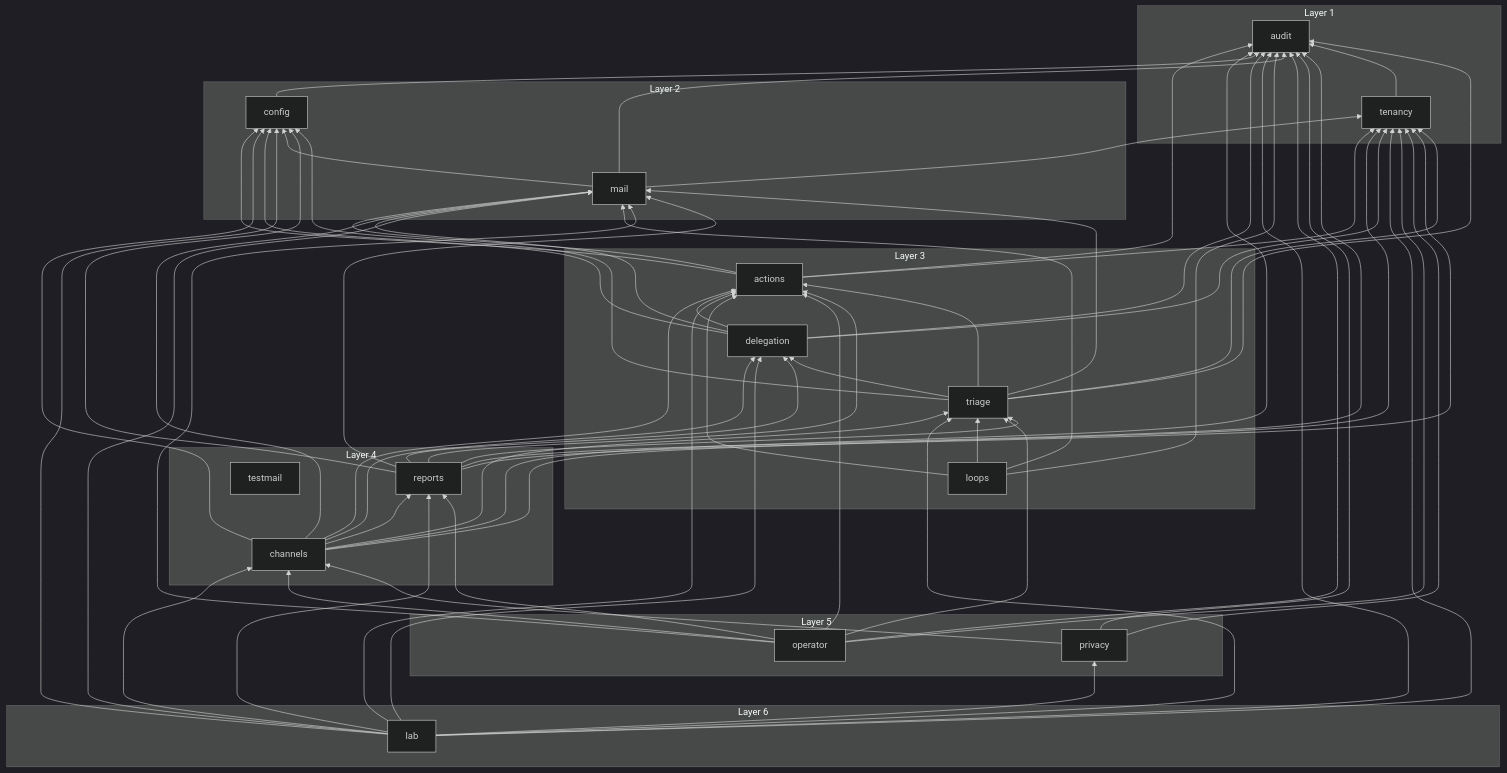
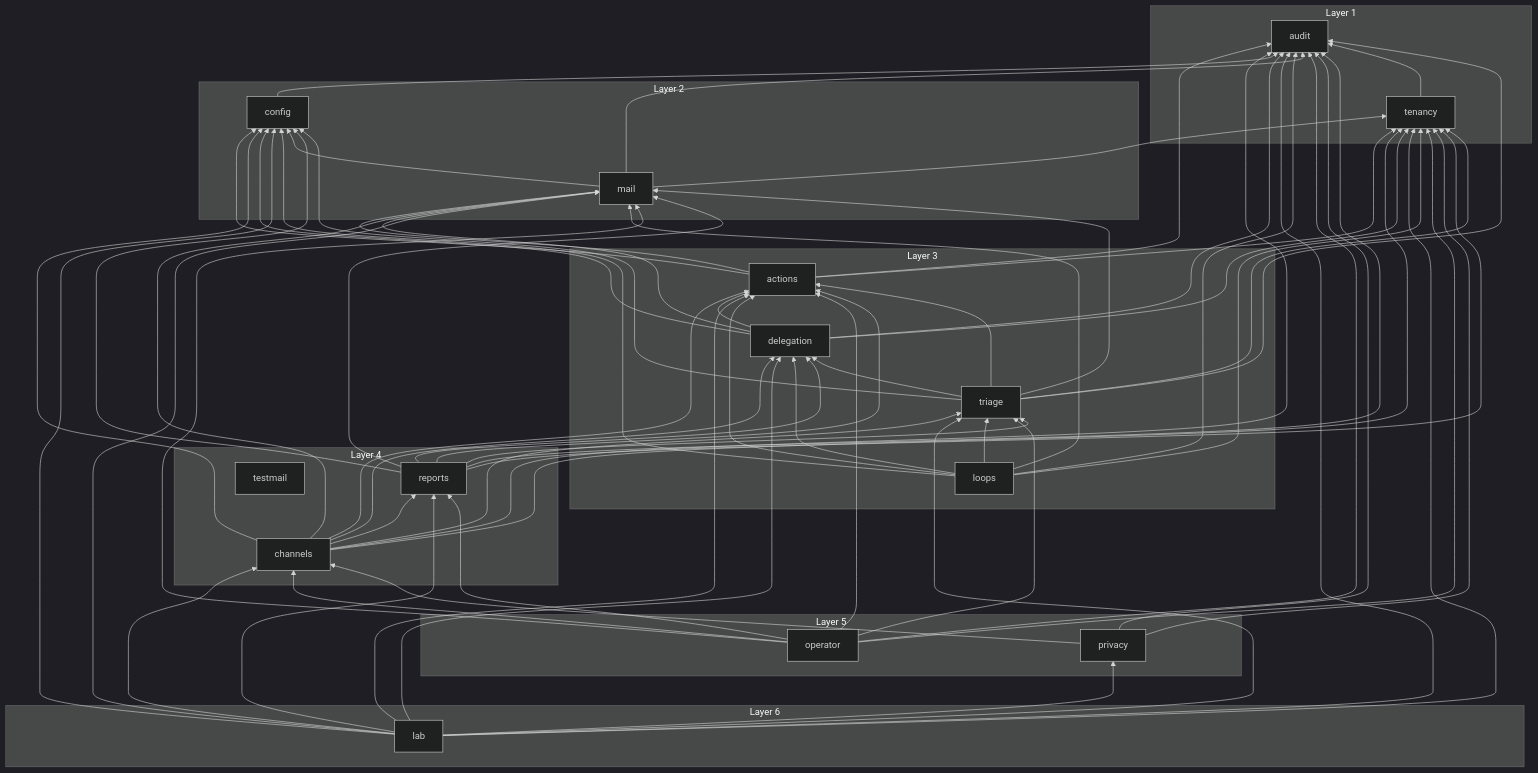
One commit to Artexs/email_assistant changed the diagram in docs/diagrams/module-graph.md. Above: the diagram before and after it, drawn with Mermaid (dark theme). The commit also changed 16 other files, not shown here.

Commit message:
F116 stage 12: Sent analysis rules, call and write, loops.analyze job; step 1 tests (candidates, thread, promise, delegation rules)

```diff
--- a/docs/diagrams/module-graph.md
+++ b/docs/diagrams/module-graph.md
@@ -62,7 +62,10 @@
   lab --> triage
   loops --> actions
   loops --> audit
+  loops --> config
+  loops --> delegation
   loops --> mail
+  loops --> tenancy
   loops --> triage
   mail --> audit
   mail --> config
```
